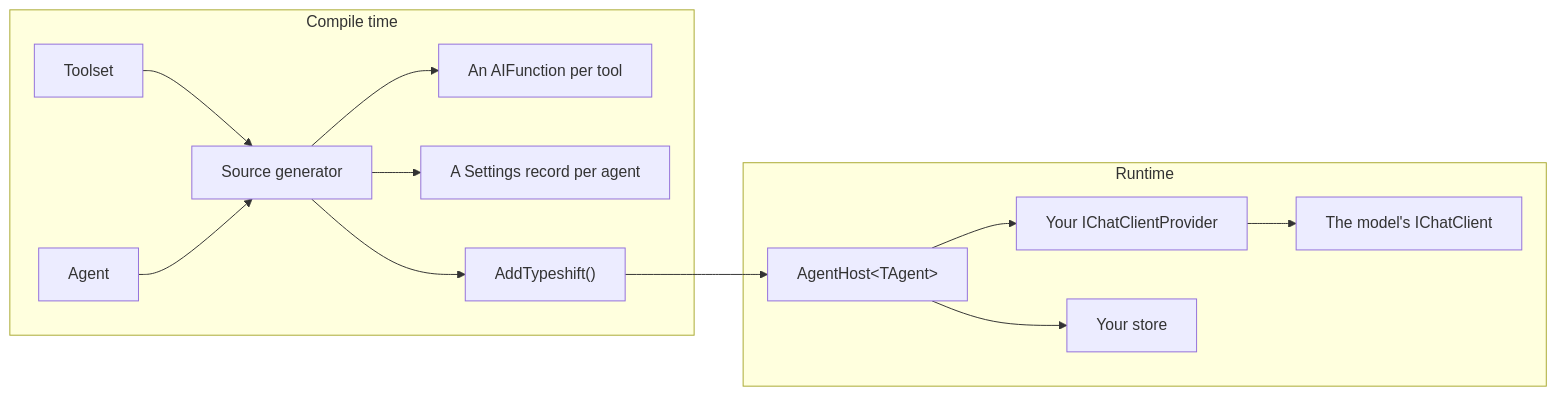
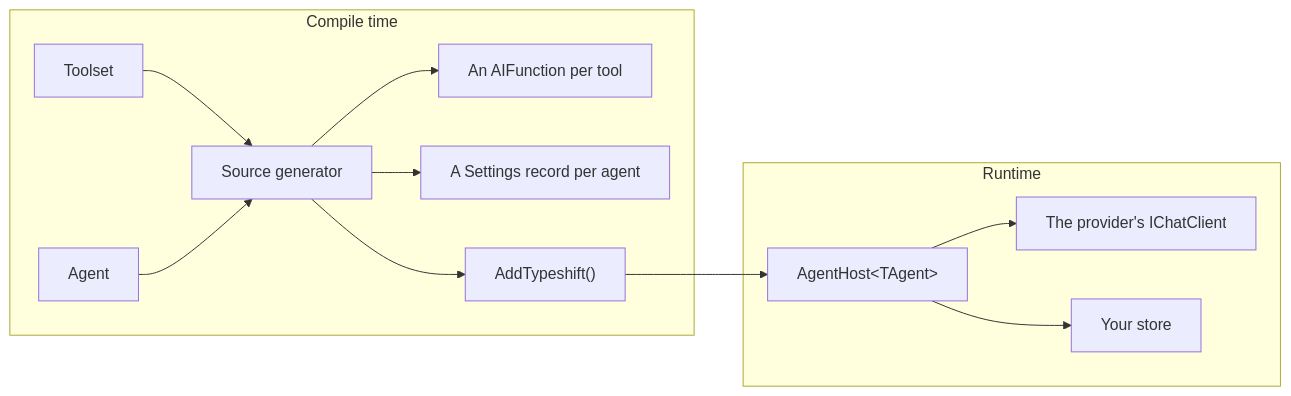
Before and after one commit to weboost-at/Typeshift: the diagram in docs/guide/getting-started.md, drawn with Mermaid. The commit also changed other lines of this file and 19 other files, not shown here.

````diff
--- a/docs/guide/getting-started.md
+++ b/docs/guide/getting-started.md
@@ -253,16 +234,15 @@
 ```mermaid
 flowchart LR
   subgraph compile [Compile time]
     toolset[Toolset] --> generator[Source generator]
     agent[Agent] --> generator
     generator --> functions[An AIFunction per tool]
     generator --> settings[A Settings record per agent]
     generator --> registration["AddTypeshift()"]
   end
   subgraph runtime [Runtime]
-    host["AgentHost&lt;TAgent&gt;"] --> provider[Your IChatClientProvider]
-    provider --> client[The model's IChatClient]
+    host["AgentHost&lt;TAgent&gt;"] --> client[The provider's IChatClient]
     host --> store[Your store]
   end
   registration --> host
 ```
````
